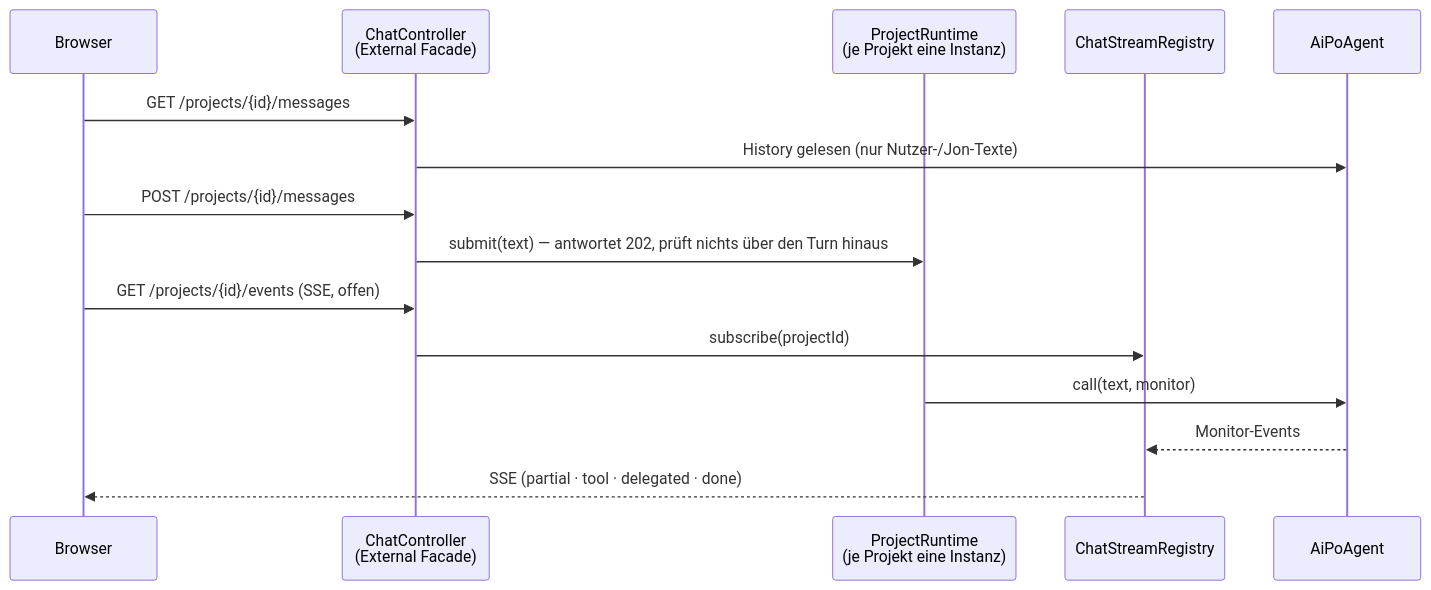
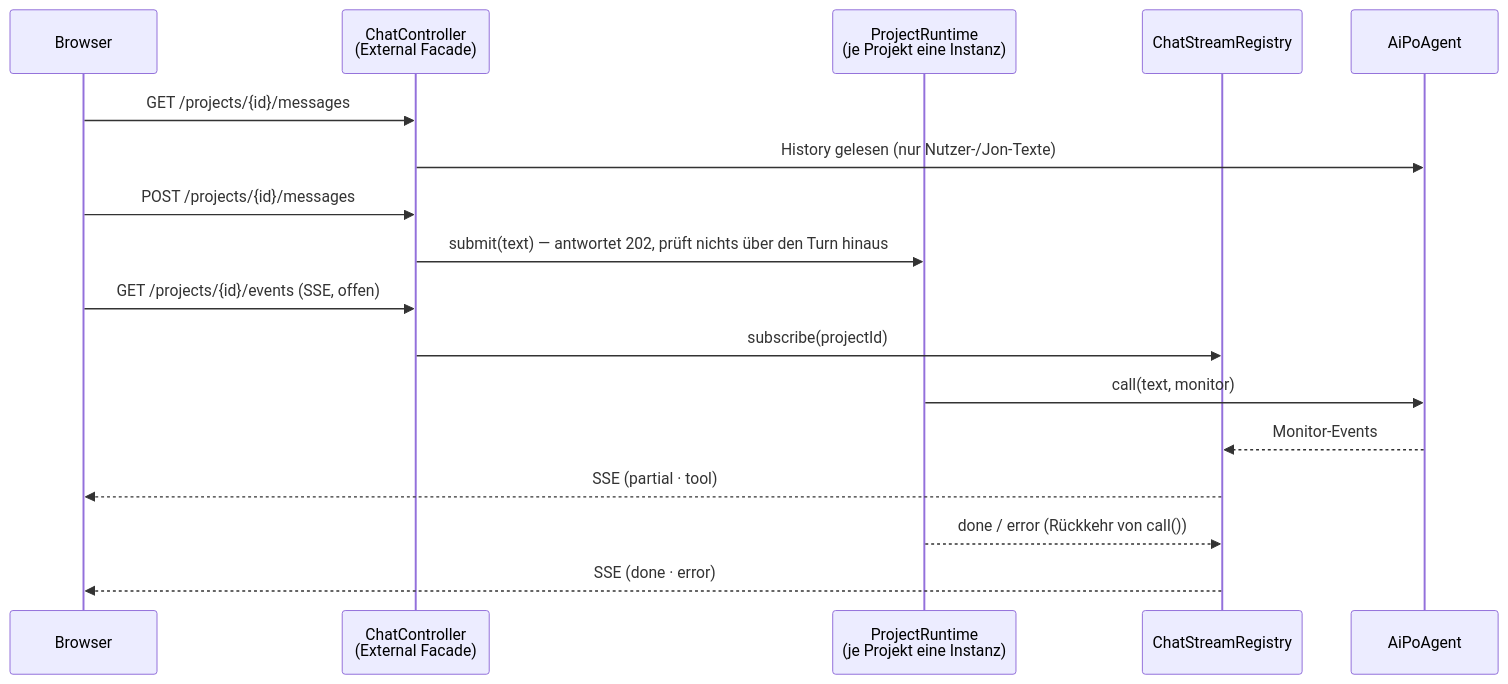
The third of 5 diagrams in aifactory/docs/aifactory-architektur.md (sterlp/eclipse-peon-ai), drawn with Mermaid before and after one commit. The commit also changed other lines of this file and 30 other files, not shown here.

First line of the commit message:
inc-1: AF-ADR-002 Core cleanup — remove OriginMonitor, ToolResultAttributes, onAgentCallCompleted, onDelegatedAnswer

````diff
--- a/aifactory/docs/aifactory-architektur.md
+++ b/aifactory/docs/aifactory-architektur.md
@@ -70,17 +70,19 @@
 ```mermaid
 sequenceDiagram
   participant B as Browser
   participant C as ChatController<br/>(External Facade)
   participant R as ProjectRuntime<br/>(je Projekt eine Instanz)
   participant K as ChatStreamRegistry
   participant J as AiPoAgent
   B->>C: GET /projects/{id}/messages
   C->>J: History gelesen (nur Nutzer-/Jon-Texte)
   B->>C: POST /projects/{id}/messages
   C->>R: submit(text) — antwortet 202, prüft nichts über den Turn hinaus
   B->>C: GET /projects/{id}/events (SSE, offen)
   C->>K: subscribe(projectId)
   R->>J: call(text, monitor)
   J-->>K: Monitor-Events
-  K-->>B: SSE (partial · tool · delegated · done)
+  K-->>B: SSE (partial · tool)
+  R-->>K: done / error (Rückkehr von call())
+  K-->>B: SSE (done · error)
 ```
````
